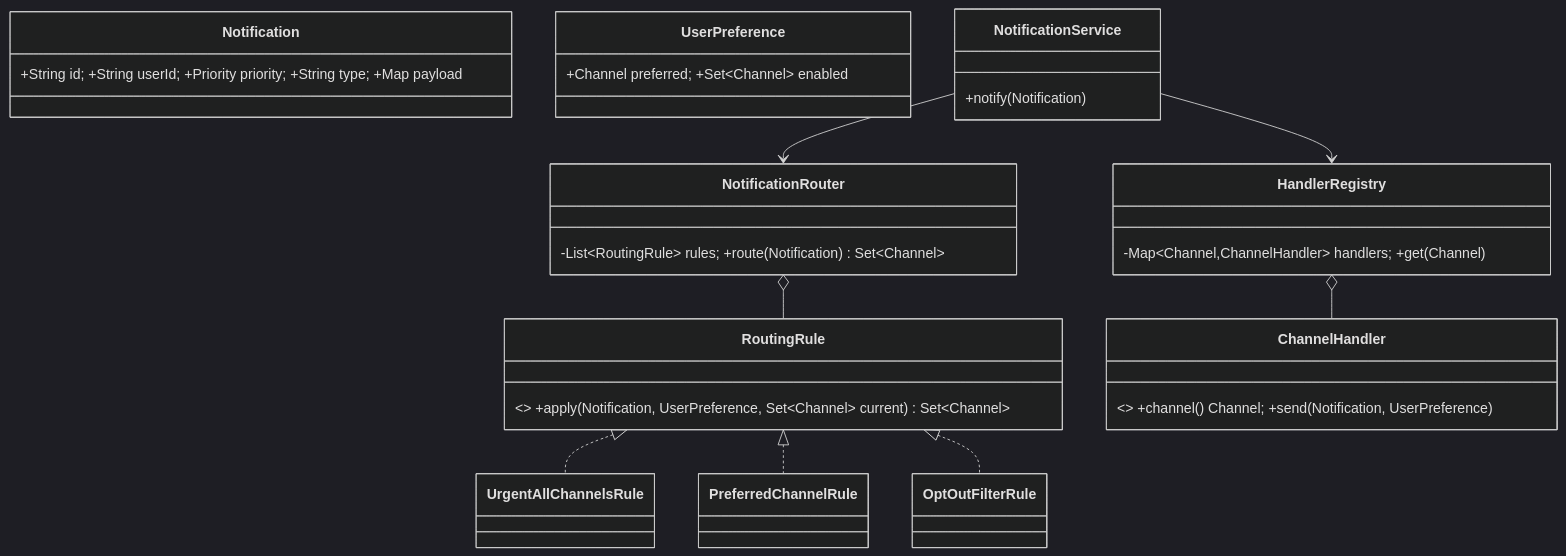
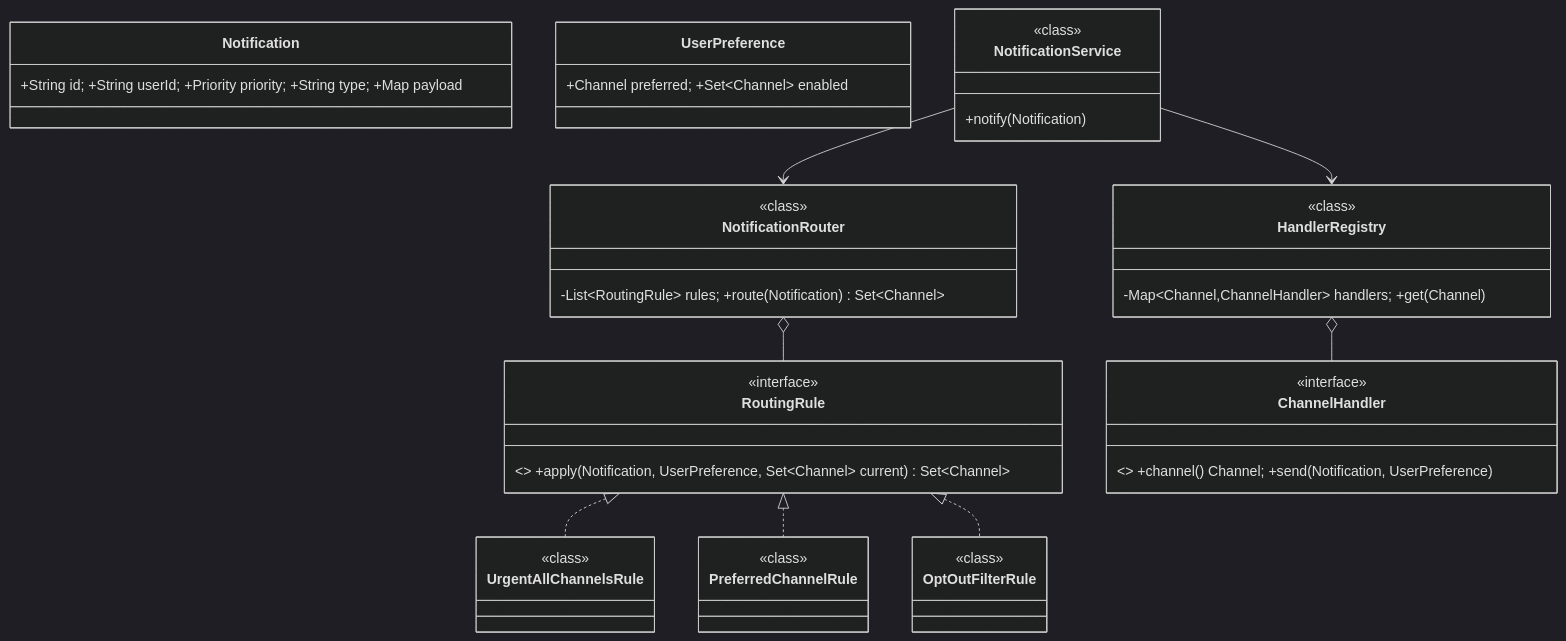
Before and after one commit to amarkum/amarkumar.guru: the first of 2 diagrams in system-design/lld/16-notification-system.md, drawn with Mermaid (dark theme). The commit also changed 27 other files, not shown here.

Commit message:
Label every UML type as interface, enumeration, abstract, record or class, add missing enums, and colour-code them.

````diff
--- a/system-design/lld/16-notification-system.md
+++ b/system-design/lld/16-notification-system.md
@@ -38,20 +38,41 @@
 ```mermaid
 classDiagram
     class Notification { +String id; +String userId; +Priority priority; +String type; +Map payload }
     class UserPreference { +Channel preferred; +Set~Channel~ enabled }
     class RoutingRule { <<interface>> +apply(Notification, UserPreference, Set~Channel~ current) Set~Channel~ }
-    class UrgentAllChannelsRule
-    class PreferredChannelRule
-    class OptOutFilterRule
+    class UrgentAllChannelsRule {
+      <<class>>
+    }
+    class PreferredChannelRule {
+      <<class>>
+    }
+    class OptOutFilterRule {
+      <<class>>
+    }
     class NotificationRouter { -List~RoutingRule~ rules; +route(Notification) Set~Channel~ }
     class ChannelHandler { <<interface>> +channel() Channel; +send(Notification, UserPreference) }
     class HandlerRegistry { -Map~Channel,ChannelHandler~ handlers; +get(Channel) }
     class NotificationService { +notify(Notification) }
     RoutingRule <|.. UrgentAllChannelsRule
     RoutingRule <|.. PreferredChannelRule
     RoutingRule <|.. OptOutFilterRule
     NotificationRouter o-- RoutingRule
     NotificationService --> NotificationRouter
     NotificationService --> HandlerRegistry
     HandlerRegistry o-- ChannelHandler
+    class RoutingRule {
+      <<interface>>
+    }
+    class NotificationService {
+      <<class>>
+    }
+    class NotificationRouter {
+      <<class>>
+    }
+    class HandlerRegistry {
+      <<class>>
+    }
+    class ChannelHandler {
+      <<interface>>
+    }
 ```
````
